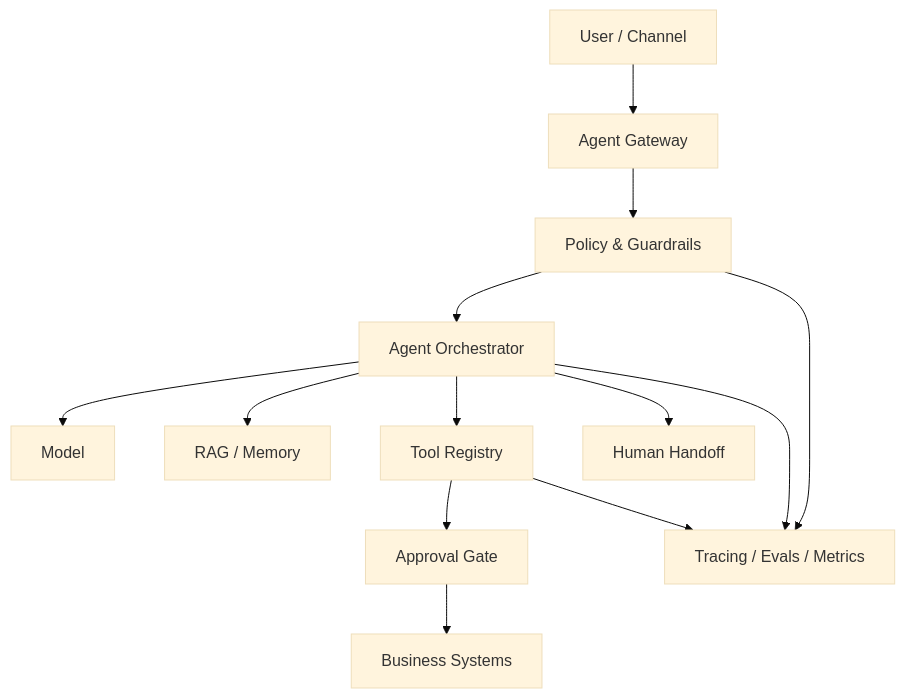
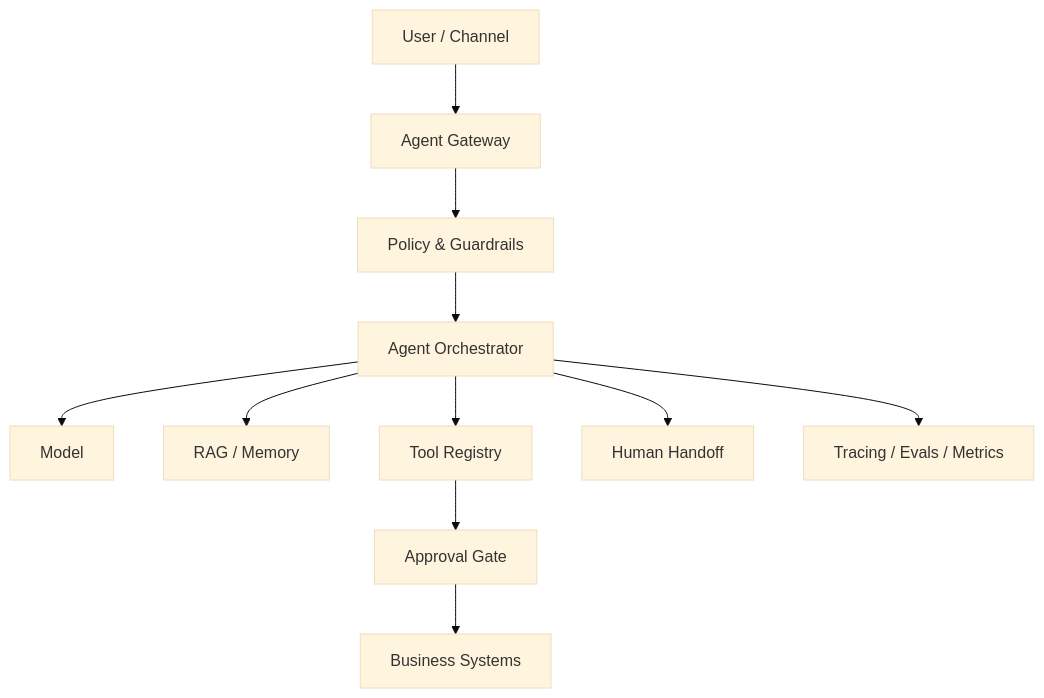
One commit to Videirafo/AI-Agent-Production-Checklist changed the diagram in README.md. Above: the diagram before and after it, drawn with Mermaid (base theme). The commit also changed other lines of this file and 2 other files, not shown here.

````diff
--- a/README.md
+++ b/README.md
@@ -38,15 +65,13 @@
 ```mermaid
 flowchart TB
     U[User / Channel] --> G[Agent Gateway]
     G --> P[Policy & Guardrails]
     P --> O[Agent Orchestrator]
     O --> M[Model]
     O --> R[RAG / Memory]
     O --> T[Tool Registry]
     T --> A[Approval Gate]
     A --> S[Business Systems]
     O --> H[Human Handoff]
     O --> X[Tracing / Evals / Metrics]
-    T --> X
-    P --> X
 ```
````
